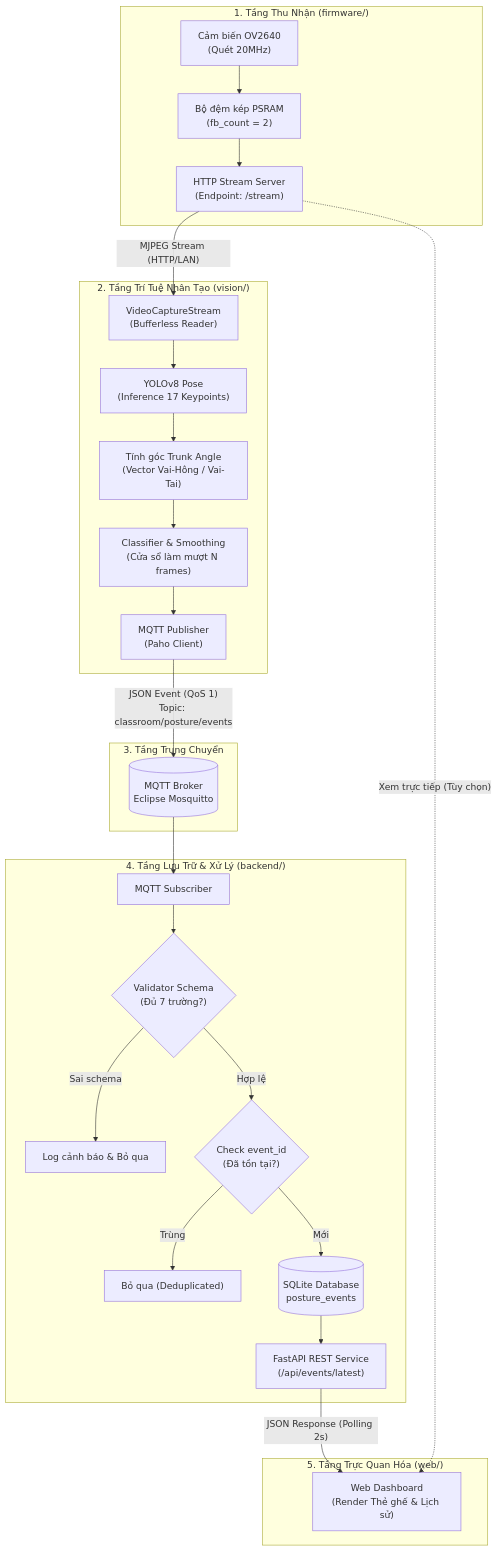
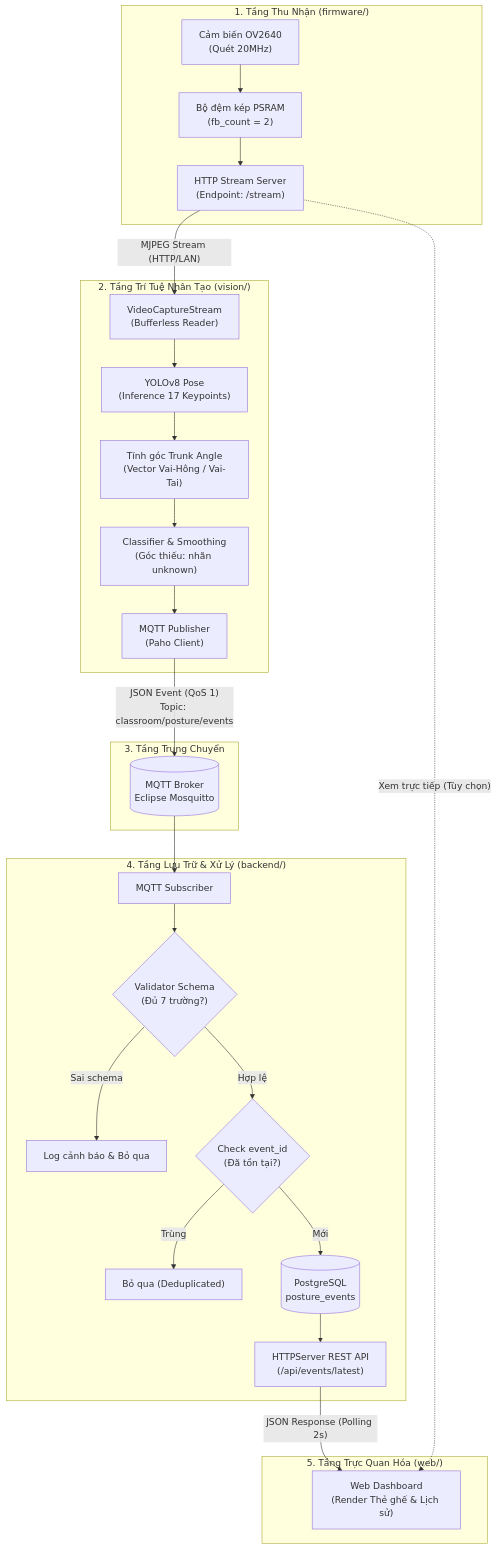
One commit to DangKimAn/classroom-posture-iot changed the first of 3 diagrams in docs/FLOWS.md. Above: the diagram before and after it, drawn with Mermaid. The commit also changed other lines of this file and 45 other files, not shown here.

````diff
--- a/docs/FLOWS.md
+++ b/docs/FLOWS.md
@@ -9,34 +9,34 @@
 ```mermaid
 flowchart TD
     subgraph HW ["1. Tầng Thu Nhận (firmware/)"]
         CAM["Cảm biến OV2640<br/>(Quét 20MHz)"] --> DMA["Bộ đệm kép PSRAM<br/>(fb_count = 2)"]
         DMA --> HTTP_SRV["HTTP Stream Server<br/>(Endpoint: /stream)"]
     end
 
     subgraph AI ["2. Tầng Trí Tuệ Nhân Tạo (vision/)"]
         HTTP_SRV -- "MJPEG Stream (HTTP/LAN)" --> CAP["VideoCaptureStream<br/>(Bufferless Reader)"]
         CAP --> YOLO["YOLOv8 Pose<br/>(Inference 17 Keypoints)"]
         YOLO --> ANG["Tính góc Trunk Angle<br/>(Vector Vai-Hông / Vai-Tai)"]
-        ANG --> CLF["Classifier & Smoothing<br/>(Cửa sổ làm mượt N frames)"]
+        ANG --> CLF["Classifier & Smoothing<br/>(Góc thiếu: nhãn unknown)"]
         CLF --> PUB["MQTT Publisher<br/>(Paho Client)"]
     end
 
     subgraph BRK ["3. Tầng Trung Chuyển"]
         PUB -- "JSON Event (QoS 1)<br/>Topic: classroom/posture/events" --> MOSQ[("MQTT Broker<br/>Eclipse Mosquitto")]
     end
 
     subgraph BE ["4. Tầng Lưu Trữ & Xử Lý (backend/)"]
         MOSQ --> SUB["MQTT Subscriber"]
         SUB --> VAL{"Validator Schema<br/>(Đủ 7 trường?)"}
         VAL -- "Sai schema" --> REJ["Log cảnh báo & Bỏ qua"]
         VAL -- "Hợp lệ" --> DEDUP{"Check event_id<br/>(Đã tồn tại?)"}
         DEDUP -- "Trùng" --> IGN["Bỏ qua (Deduplicated)"]
-        DEDUP -- "Mới" --> DB[("SQLite Database<br/>posture_events")]
-        DB --> API["FastAPI REST Service<br/>(/api/events/latest)"]
+        DEDUP -- "Mới" --> DB[("PostgreSQL<br/>posture_events")]
+        DB --> API["HTTPServer REST API<br/>(/api/events/latest)"]
     end
 
     subgraph FE ["5. Tầng Trực Quan Hóa (web/)"]
         API -- "JSON Response (Polling 2s)" --> DASH["Web Dashboard<br/>(Render Thẻ ghế & Lịch sử)"]
         HTTP_SRV -. "Xem trực tiếp (Tùy chọn)" .-> DASH
     end
 ```
````
